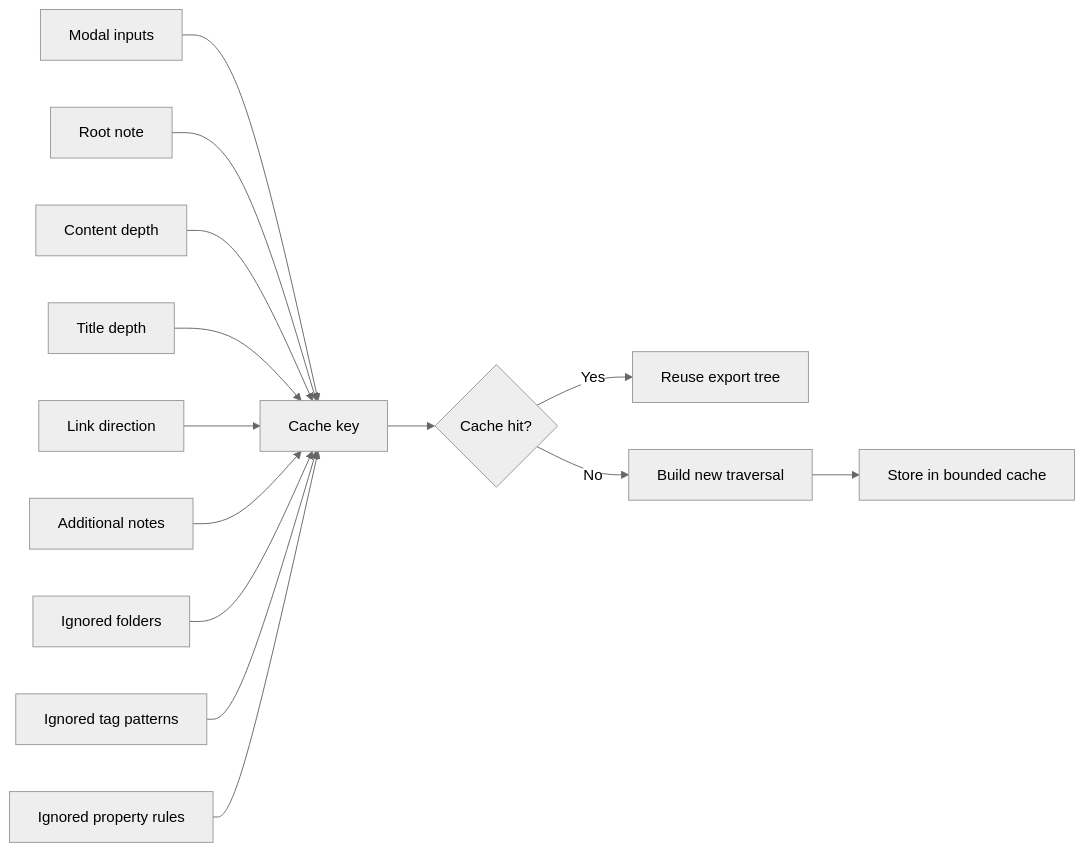
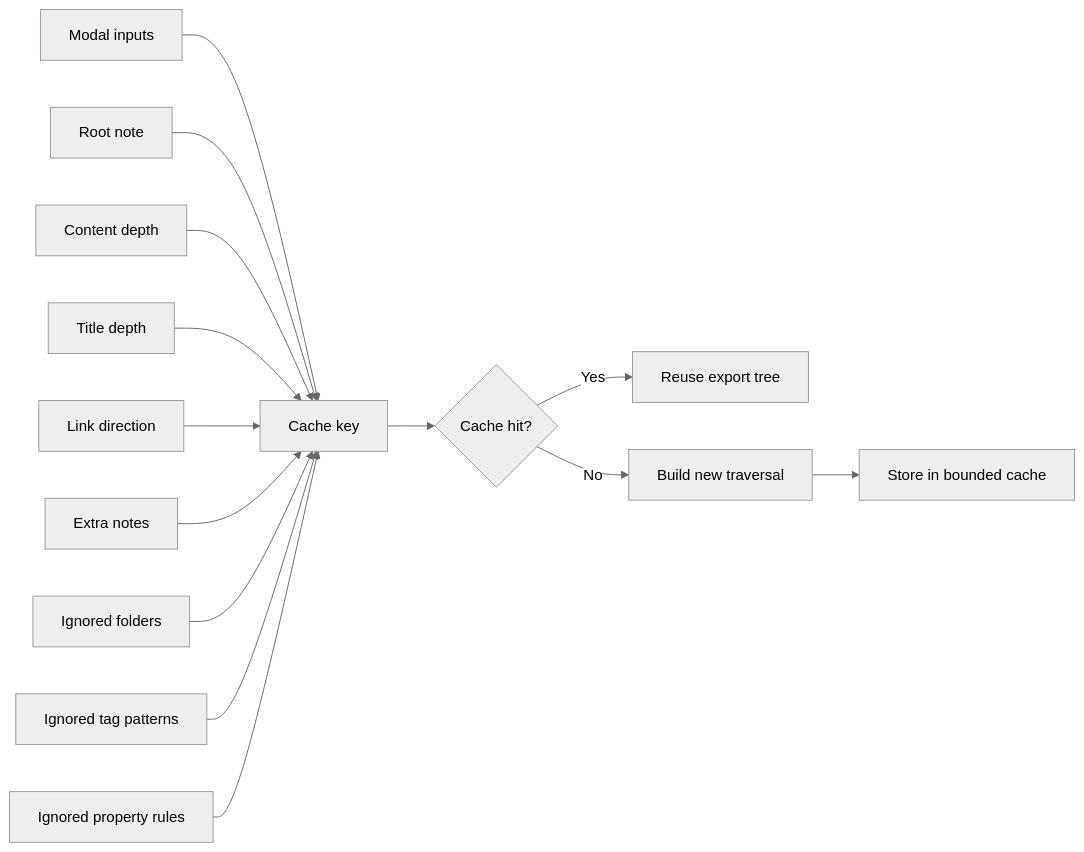
The third of 3 diagrams in docs/export-architecture.md (LittleHaku/obsidian-smart-export), drawn with Mermaid (neutral theme) before and after one commit. The commit also changed other lines of this file and 4 other files, not shown here.

````diff
--- a/docs/export-architecture.md
+++ b/docs/export-architecture.md
@@ -144,25 +144,25 @@
 ```mermaid
 flowchart LR
     A[Modal inputs] --> B[Cache key]
     B --> C{Cache hit?}
     C -- Yes --> D[Reuse export tree]
     C -- No --> E[Build new traversal]
     E --> F[Store in bounded cache]
 
     A1[Root note]
     A2[Content depth]
     A3[Title depth]
     A4[Link direction]
-    A5[Additional notes]
+    A5[Extra notes]
     A6[Ignored folders]
     A7[Ignored tag patterns]
     A8[Ignored property rules]
     A1 --> B
     A2 --> B
     A3 --> B
     A4 --> B
     A5 --> B
     A6 --> B
     A7 --> B
     A8 --> B
 ```
````
